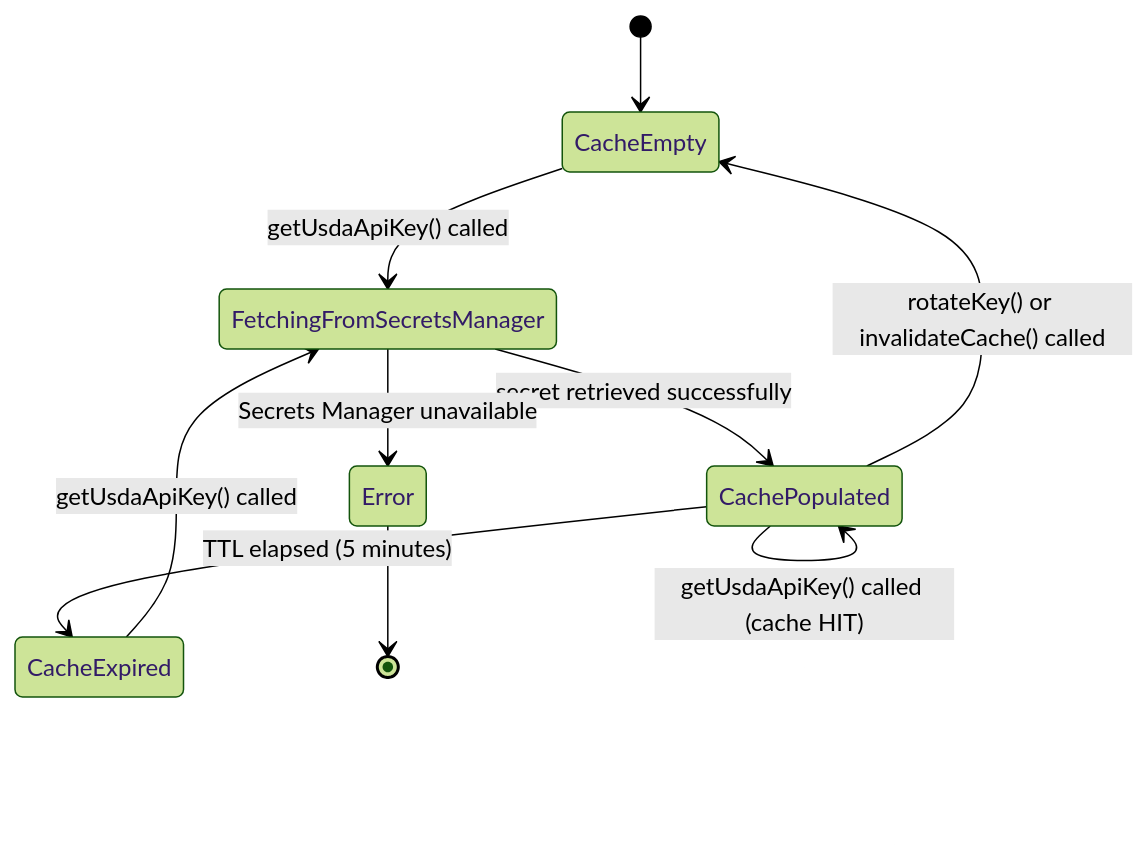
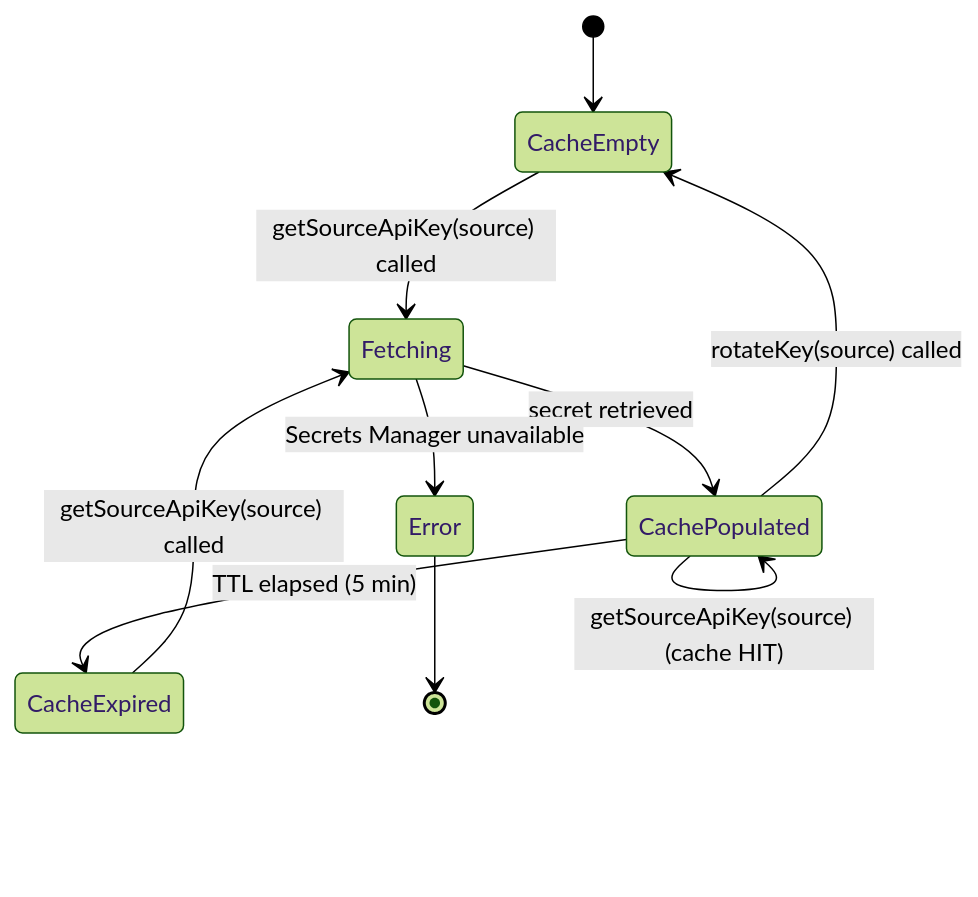
One commit to radicle-co/KitchenSink changed the fifth of 10 diagrams in specs/003-usda-food-data/v-model/module-design.md. Above: the diagram before and after it, drawn with Mermaid (forest theme). The commit also changed other lines of this file and 202 other files, not shown here.

First line of the commit message:
feat(food): source-agnostic food data model, service, USDA sync, and CDK infra (#53)

````diff
--- a/specs/003-usda-food-data/v-model/module-design.md
+++ b/specs/003-usda-food-data/v-model/module-design.md
@@ -997,12 +1270,12 @@
 ```mermaid
 stateDiagram-v2
   [*] --> CacheEmpty
-  CacheEmpty --> FetchingFromSecretsManager : getUsdaApiKey() called
-  FetchingFromSecretsManager --> CachePopulated : secret retrieved successfully
-  FetchingFromSecretsManager --> Error : Secrets Manager unavailable
-  CachePopulated --> CachePopulated : getUsdaApiKey() called (cache HIT)
-  CachePopulated --> CacheExpired : TTL elapsed (5 minutes)
-  CacheExpired --> FetchingFromSecretsManager : getUsdaApiKey() called
-  CachePopulated --> CacheEmpty : rotateKey() or invalidateCache() called
+  CacheEmpty --> Fetching : getSourceApiKey(source) called
+  Fetching --> CachePopulated : secret retrieved
+  Fetching --> Error : Secrets Manager unavailable
+  CachePopulated --> CachePopulated : getSourceApiKey(source) (cache HIT)
+  CachePopulated --> CacheExpired : TTL elapsed (5 min)
+  CacheExpired --> Fetching : getSourceApiKey(source) called
+  CachePopulated --> CacheEmpty : rotateKey(source) called
   Error --> [*]
 ```
````
